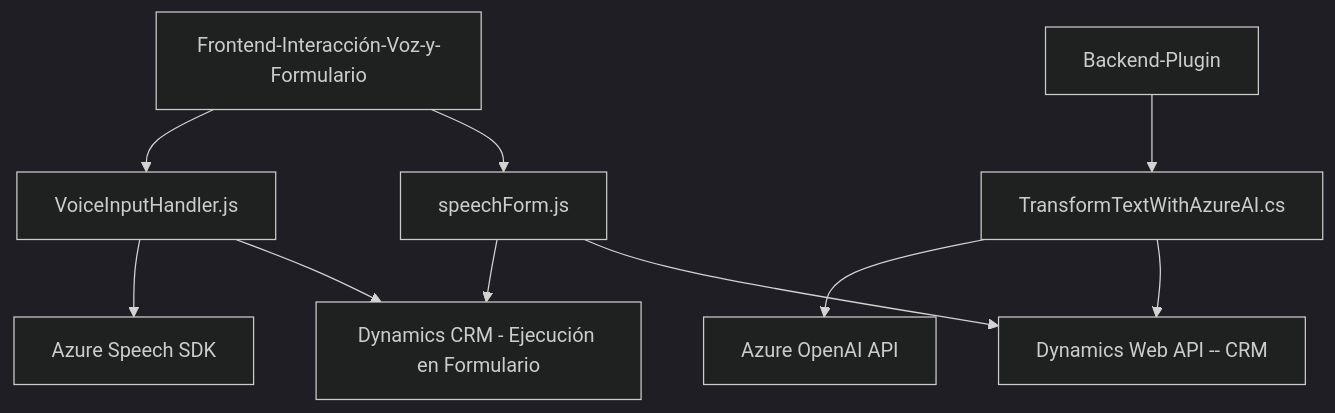
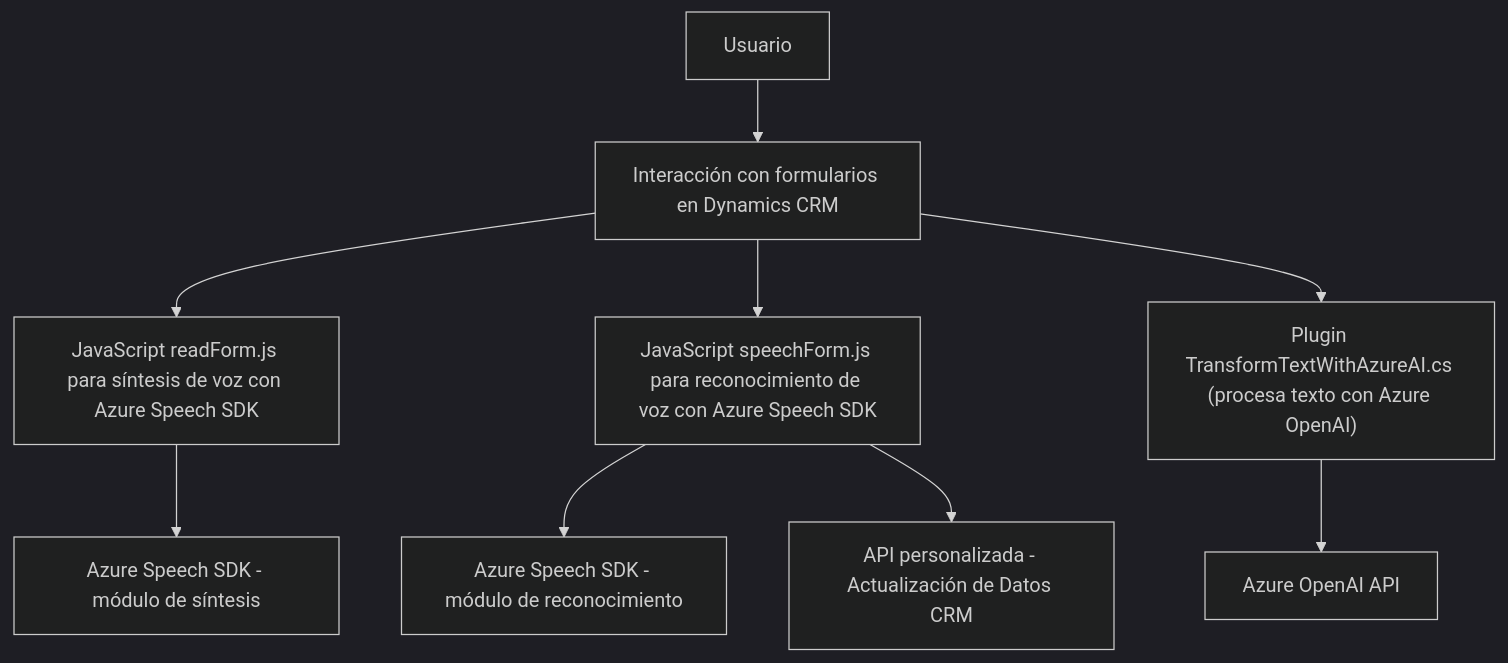
The diagram in README.md (blopezdm/NETCORE_BILBAO2025), drawn with Mermaid (dark theme) before and after one commit. The commit also changed other lines of this file, not shown here.

Commit message:
Actualizar análisis global de la solución con IA

````diff
--- a/README.md
+++ b/README.md
@@ -54,22 +48,11 @@
 ```mermaid
 graph TD
-    A["Frontend-Interacción-Voz-y-Formulario"]
-    B["VoiceInputHandler.js"]
-    C["speechForm.js"]
-    D["Azure Speech SDK"]
-    E["Dynamics CRM - Ejecución en Formulario"]
-    F["Backend-Plugin"]
-    G["TransformTextWithAzureAI.cs"]
-    H["Azure OpenAI API"]
-    I["Dynamics Web API -- CRM"]
-
-    A --> B
-    A --> C
-    B --> D
-    C --> E
-    F --> G
-    G --> H
-    G --> I
-    C --> I
-    B --> E
+    A["Usuario"] --> B["Interacción con formularios en Dynamics CRM"]
+    B --> C["JavaScript readForm.js para síntesis de voz con Azure Speech SDK"]
+    B --> D["JavaScript speechForm.js para reconocimiento de voz con Azure Speech SDK"]
+    C --> E["Azure Speech SDK - módulo de síntesis"]
+    D --> F["Azure Speech SDK - módulo de reconocimiento"]
+    D --> G["API personalizada - Actualización de Datos CRM"]
+    B --> H["Plugin TransformTextWithAzureAI.cs (procesa texto con Azure OpenAI)"]
+    H --> I["Azure OpenAI API"]
 ```
````
